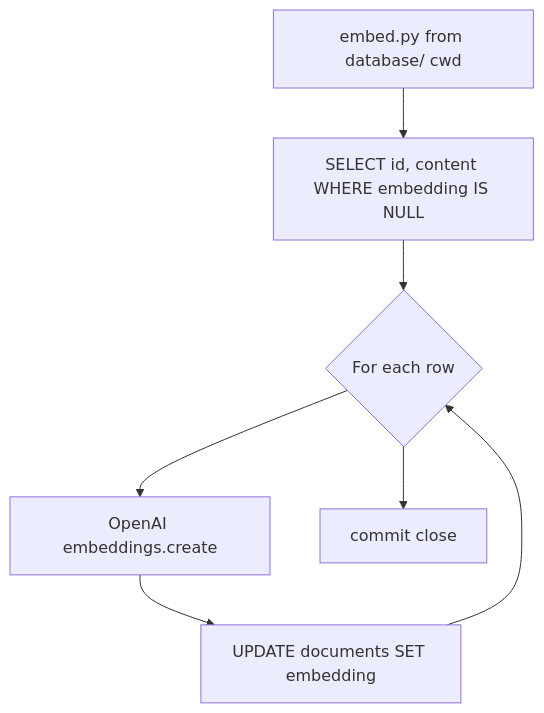
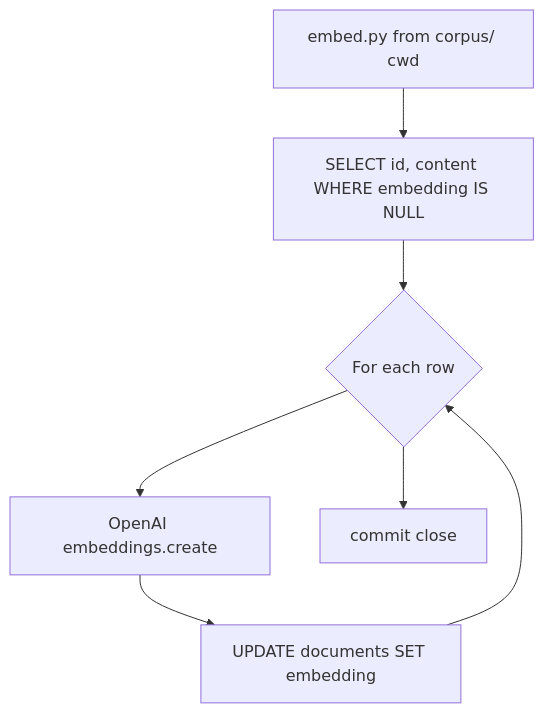
Before and after one commit to mattburnett-repo/chat-mvp: the fourth of 4 diagrams in docs/ingestion-pipeline.md, drawn with Mermaid. The commit also changed other lines of this file and 22 other files, not shown here.

````diff
--- a/docs/ingestion-pipeline.md
+++ b/docs/ingestion-pipeline.md
@@ -54,9 +54,9 @@
 ```mermaid
 flowchart TD
-  E[embed.py from database/ cwd] --> SEL[SELECT id, content WHERE embedding IS NULL]
+  E[embed.py from corpus/ cwd] --> SEL[SELECT id, content WHERE embedding IS NULL]
   SEL --> LOOP{For each row}
   LOOP --> OAI[OpenAI embeddings.create]
   OAI --> UPD[UPDATE documents SET embedding]
   UPD --> LOOP
   LOOP --> DONE[commit close]
 ```
````
